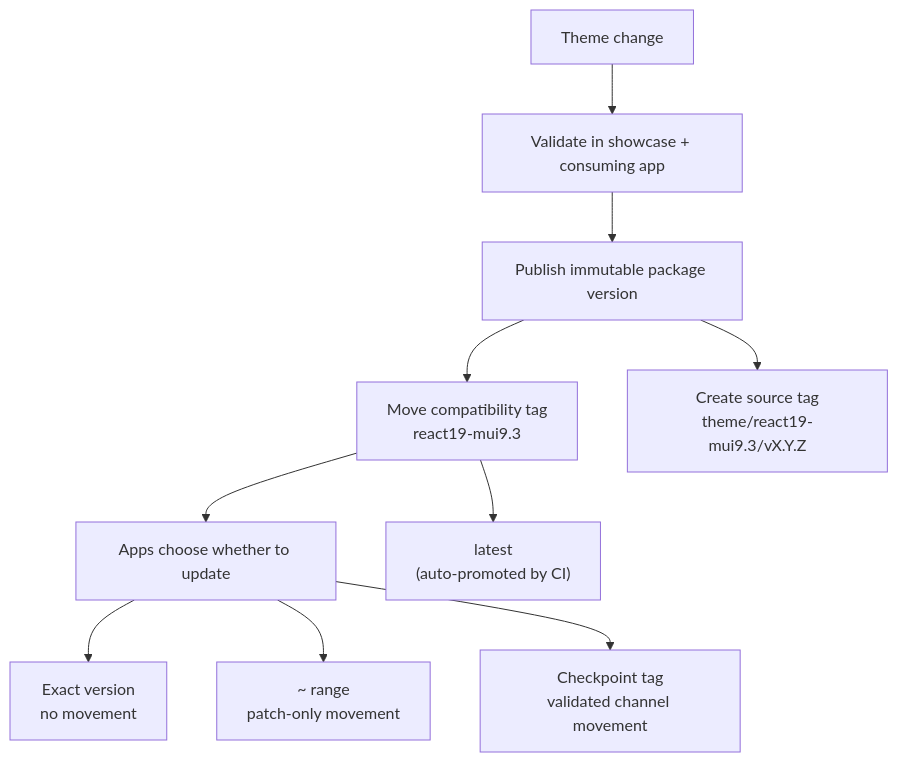
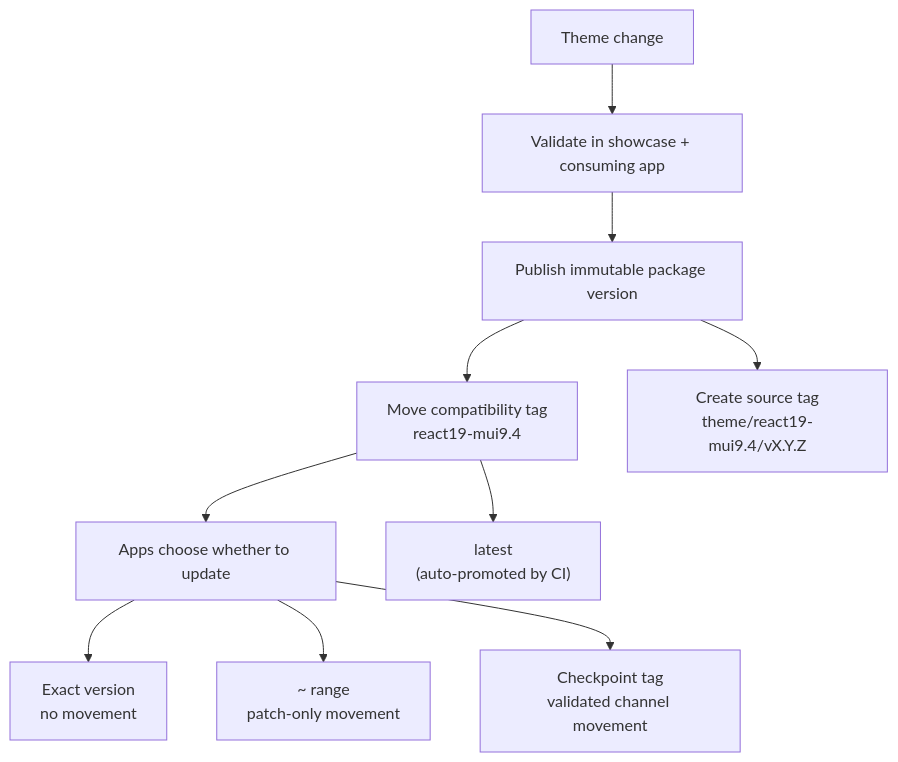
Before and after one commit to inRiver/inflow-react: the first of 2 diagrams in docs/VERSIONING.md, drawn with Mermaid. The commit also changed other lines of this file and 2 other files, not shown here.

Commit message:
docs: promote react19-mui9.4 as the current compatibility checkpoint

````diff
--- a/docs/VERSIONING.md
+++ b/docs/VERSIONING.md
@@ -10,12 +10,12 @@
 ```mermaid
 flowchart TB
   Change["Theme change"] --> Validate["Validate in showcase + consuming app"]
   Validate --> Version["Publish immutable package version"]
-  Version --> Checkpoint["Move compatibility tag\nreact19-mui9.3"]
-  Version --> SourceTag["Create source tag\ntheme/react19-mui9.3/vX.Y.Z"]
+  Version --> Checkpoint["Move compatibility tag\nreact19-mui9.4"]
+  Version --> SourceTag["Create source tag\ntheme/react19-mui9.4/vX.Y.Z"]
   Checkpoint --> Apps["Apps choose whether to update"]
   Apps --> Freeze["Exact version\nno movement"]
   Apps --> Patch["~ range\npatch-only movement"]
   Apps --> Channel["Checkpoint tag\nvalidated channel movement"]
   Checkpoint --> Latest["latest\n(auto-promoted by CI)"]
 ```
````
